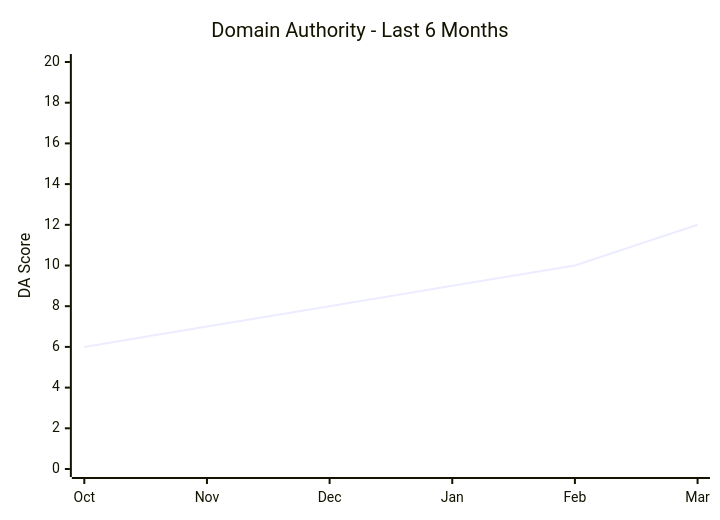
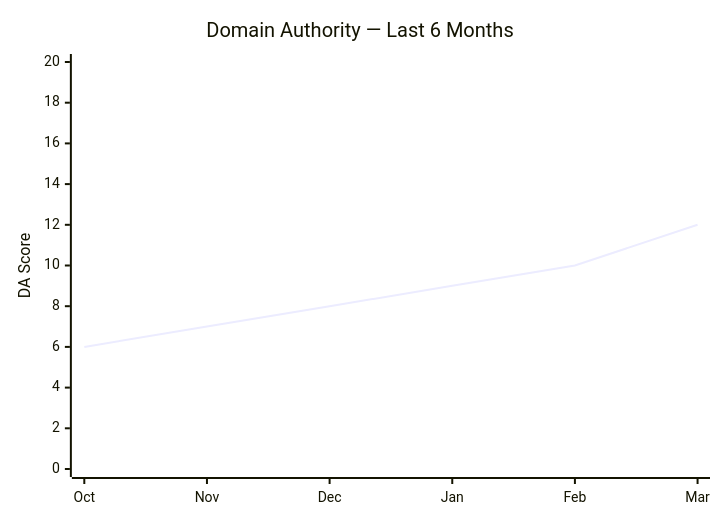
One commit to clarkemoyer/technologyadoptionbarriers.org changed the third of 3 diagrams in docs/seo/seo-dashboard-2026-03.md. Above: the diagram before and after it, drawn with Mermaid. The commit also changed other lines of this file and 287 other files, not shown here.

````diff
--- a/docs/seo/seo-dashboard-2026-03.md
+++ b/docs/seo/seo-dashboard-2026-03.md
@@ -157,7 +157,7 @@
 ```mermaid
 xychart-beta
-  title "Domain Authority - Last 6 Months"
+  title "Domain Authority — Last 6 Months"
   x-axis ["Oct", "Nov", "Dec", "Jan", "Feb", "Mar"]
   y-axis "DA Score" 0 --> 20
   line [6, 7, 8, 9, 10, 12]
 ```
````
